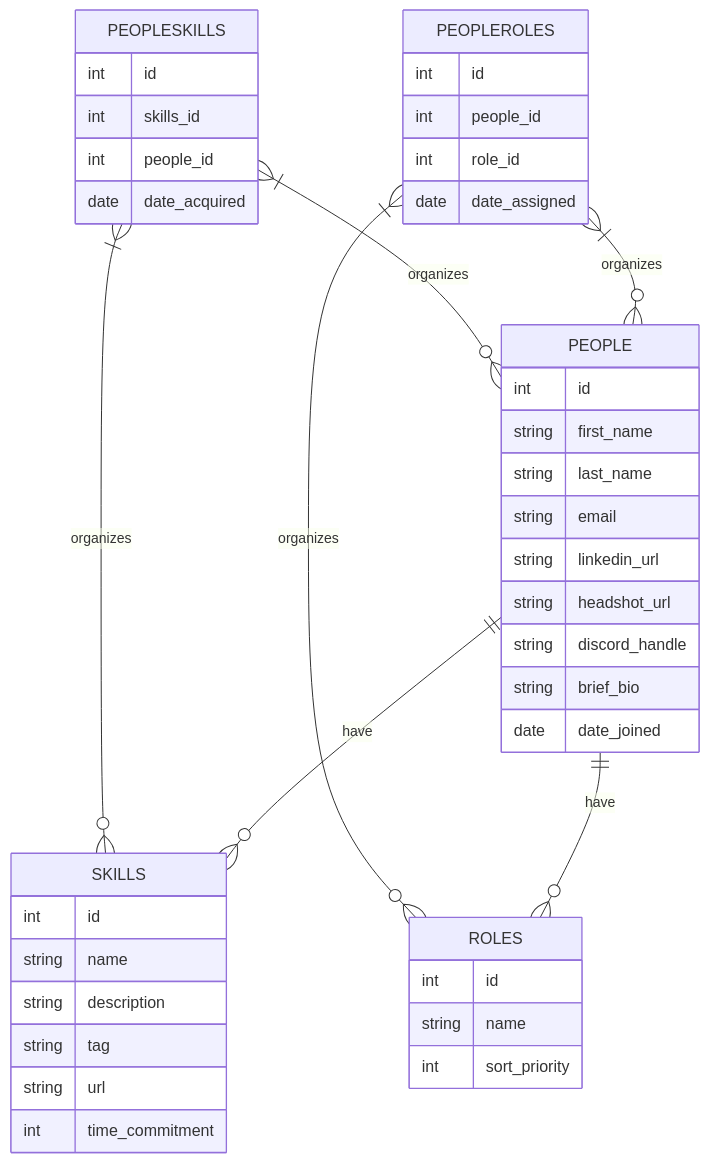
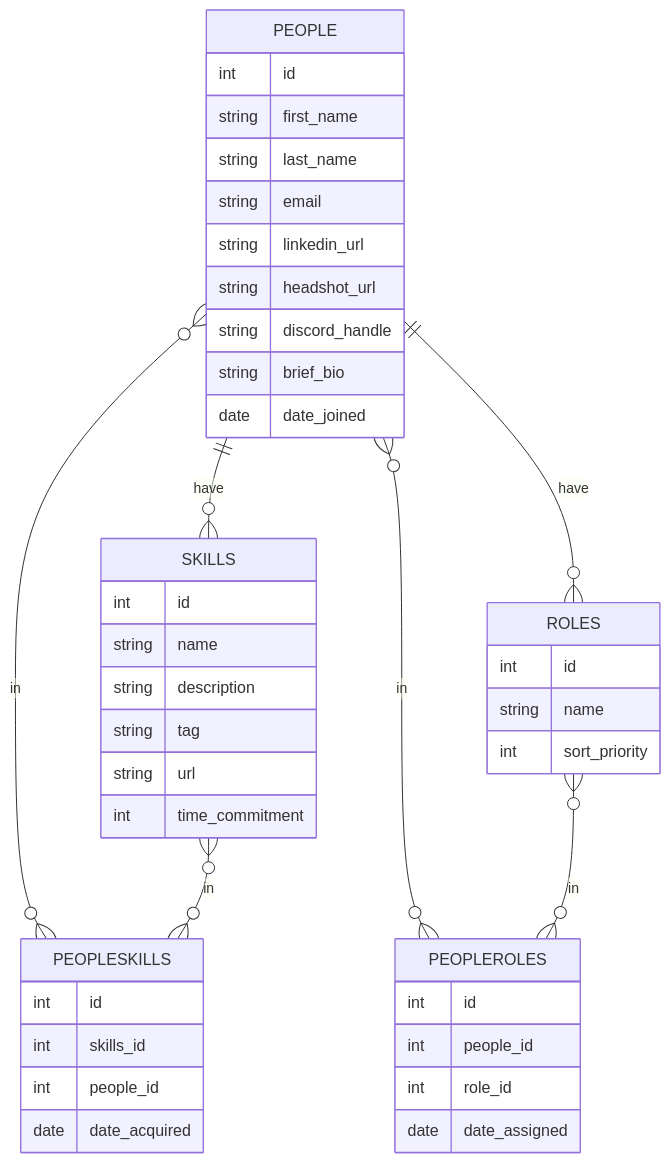
Before and after one commit to cmsc-vcu/cmsc508-fa2023-hw7-emmacarl7: the diagram in hw7/hw7.qmd, drawn with Mermaid. The commit also changed other lines of this file and 6 other files, not shown here.

````diff
--- a/hw7/hw7.qmd
+++ b/hw7/hw7.qmd
@@ -102,53 +102,53 @@
 ```{mermaid}
 %%| echo: false
 erDiagram
     PEOPLE ||--o{ SKILLS : have
     PEOPLE ||--o{ ROLES : have
 
-    PEOPLEROLES |{--o{ PEOPLE : organizes
-    PEOPLEROLES |{--o{ ROLES : organizes
+    PEOPLE o{--o{ PEOPLEROLES : in
+    ROLES o{--o{ PEOPLEROLES : in
 
-    PEOPLESKILLS |{--o{ PEOPLE : organizes
-    PEOPLESKILLS |{--o{ SKILLS : organizes
+    PEOPLE o{--o{ PEOPLESKILLS : in
+    SKILLS o{--o{ PEOPLESKILLS : in
     
     PEOPLE{
         int id
         string first_name
         string last_name
         string email
         string linkedin_url
         string headshot_url
         string discord_handle
         string brief_bio
         date date_joined
     }
 
     SKILLS{
         int id
         string name
         string description
         string tag
         string url
         int time_commitment
     }
 
     ROLES{
       int id
       string name
       int sort_priority
     }
 
     PEOPLESKILLS{
       int id
       int skills_id
       int people_id
       date date_acquired
     }
 
     PEOPLEROLES{
       int id
       int people_id
       int role_id
       date date_assigned
     }
 ```
````
